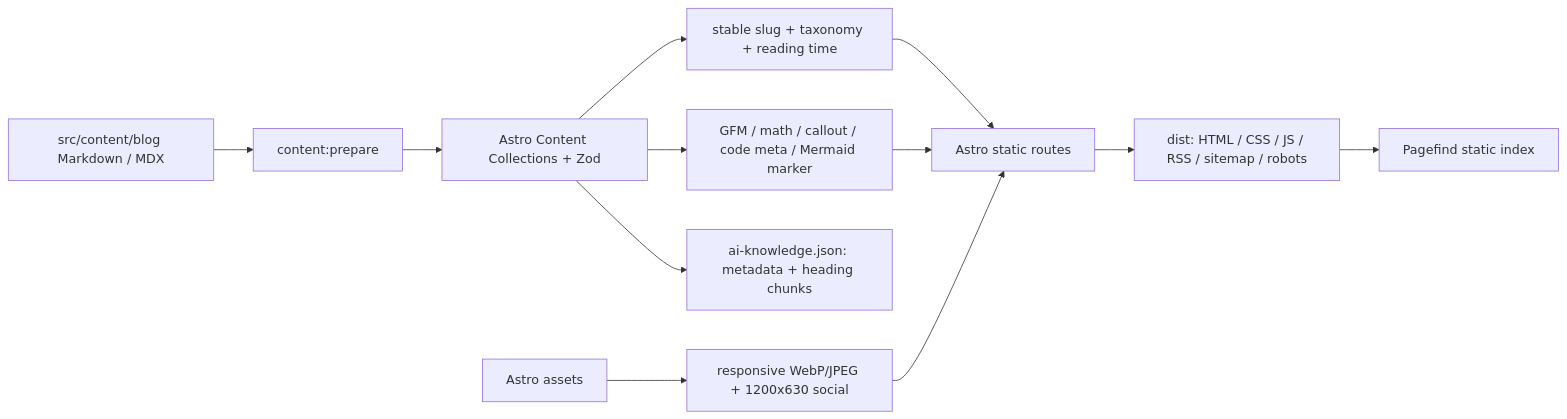
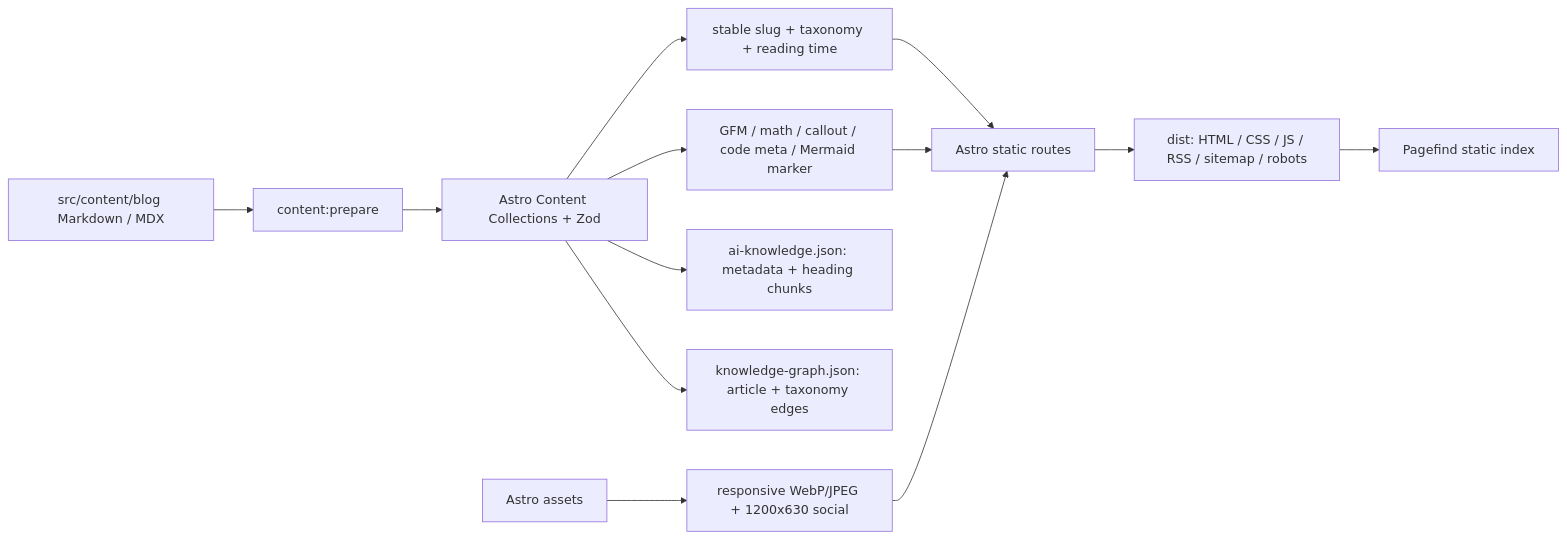
Before and after one commit to kdjfs/liufengwei-personal-blog: the first of 4 diagrams in docs/ARCHITECTURE.md, drawn with Mermaid. The commit also changed other lines of this file and 2 other files, not shown here.

Commit message:
docs(graph): document knowledge graph architecture

````diff
--- a/docs/ARCHITECTURE.md
+++ b/docs/ARCHITECTURE.md
@@ -19,14 +19,15 @@
 ```mermaid
 flowchart LR
   Files["src/content/blog Markdown / MDX"] --> Prepare["content:prepare"]
   Prepare --> Collections["Astro Content Collections + Zod"]
   Collections --> Slug["stable slug + taxonomy + reading time"]
   Collections --> Markdown["GFM / math / callout / code meta / Mermaid marker"]
   Slug --> Pages["Astro static routes"]
   Markdown --> Pages
   Covers["Astro assets"] --> Images["responsive WebP/JPEG + 1200x630 social"]
   Images --> Pages
   Pages --> Dist["dist: HTML / CSS / JS / RSS / sitemap / robots"]
   Dist --> Pagefind["Pagefind static index"]
   Collections --> Knowledge["ai-knowledge.json: metadata + heading chunks"]
+  Collections --> Graph["knowledge-graph.json: article + taxonomy edges"]
 ```
````
